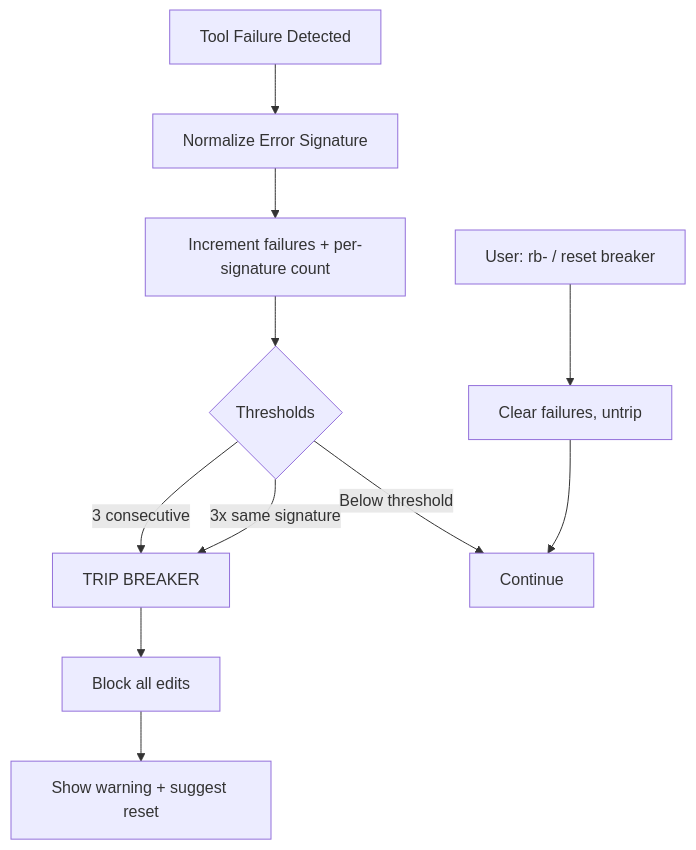
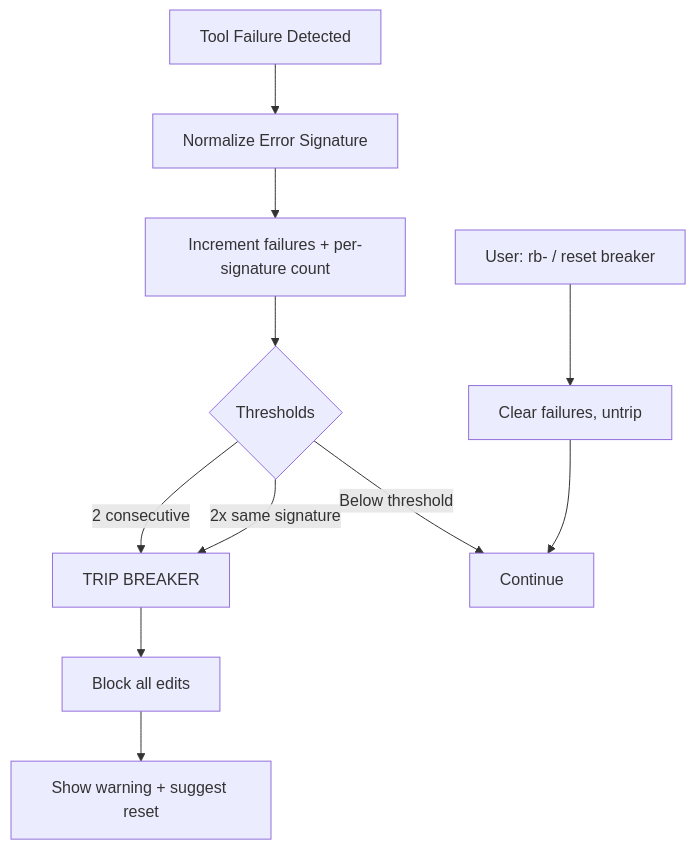
The fifth of 7 diagrams in ARCHITECTURE.md (sane-apps/SaneProcess), drawn with Mermaid before and after one commit. The commit also changed other lines of this file and 31 other files, not shown here.

````diff
--- a/ARCHITECTURE.md
+++ b/ARCHITECTURE.md
@@ -164,16 +164,16 @@
 ```mermaid
 flowchart TD
     FAIL[Tool Failure Detected] --> NORM[Normalize Error Signature]
     NORM --> INC[Increment failures + per-signature count]
 
     INC --> CHECK{Thresholds}
-    CHECK -->|3 consecutive| TRIP[TRIP BREAKER]
-    CHECK -->|3x same signature| TRIP
+    CHECK -->|2 consecutive| TRIP[TRIP BREAKER]
+    CHECK -->|2x same signature| TRIP
     CHECK -->|Below threshold| CONTINUE[Continue]
 
     TRIP --> BLOCK_EDITS[Block all edits]
     BLOCK_EDITS --> SHOW[Show warning + suggest reset]
 
     RESET[User: rb- / reset breaker] --> CLEAR[Clear failures, untrip]
     CLEAR --> CONTINUE
 ```
````
